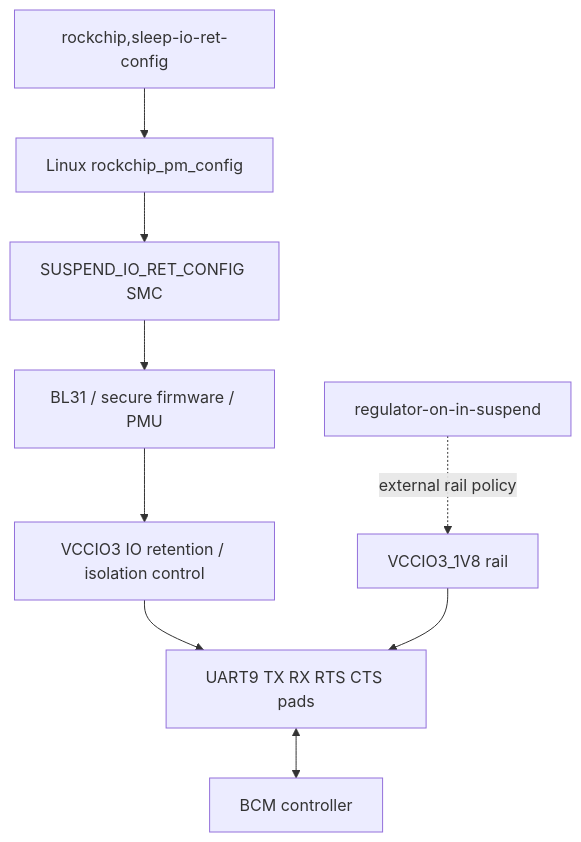
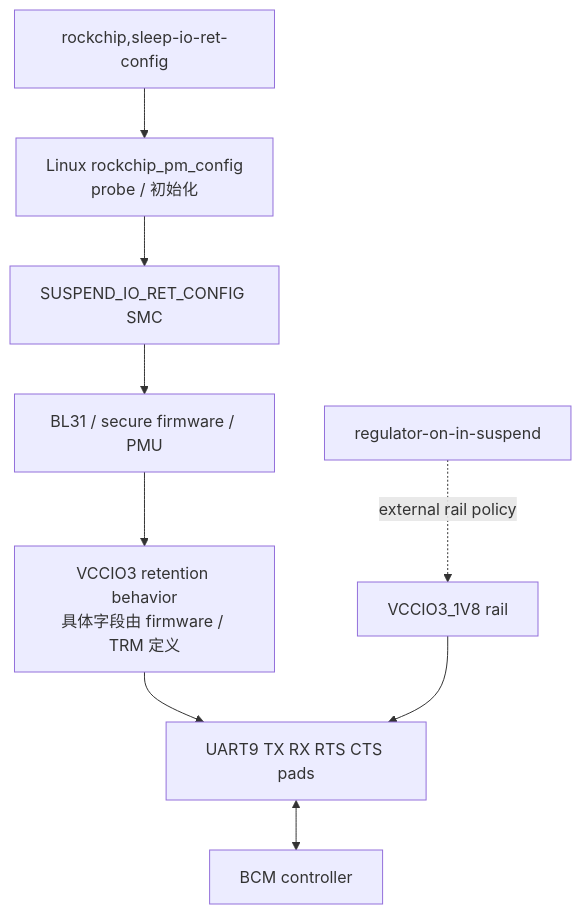
The sixth of 12 diagrams in 07_bcm_bluetooth_deep_suspend_resume.md (ArseneWg/dw-mmc-deep-dive), drawn with Mermaid before and after one commit. The commit also changed other lines of this file, not shown here.

```diff
--- a/07_bcm_bluetooth_deep_suspend_resume.md
+++ b/07_bcm_bluetooth_deep_suspend_resume.md
@@ -481,11 +496,11 @@
 ~~~mermaid
 flowchart TD
-    DTS[rockchip,sleep-io-ret-config] --> L[Linux rockchip_pm_config]
+    DTS[rockchip,sleep-io-ret-config] --> L[Linux rockchip_pm_config<br/>probe / 初始化]
     L --> S[SUSPEND_IO_RET_CONFIG SMC]
     S --> F[BL31 / secure firmware / PMU]
-    F --> R[VCCIO3 IO retention / isolation control]
+    F --> R[VCCIO3 retention behavior<br/>具体字段由 firmware / TRM 定义]
     R --> P[UART9 TX RX RTS CTS pads]
     P <--> C[BCM controller]
     V[VCCIO3_1V8 rail] --> P
     REG[regulator-on-in-suspend] -. external rail policy .-> V
 ~~~
```
